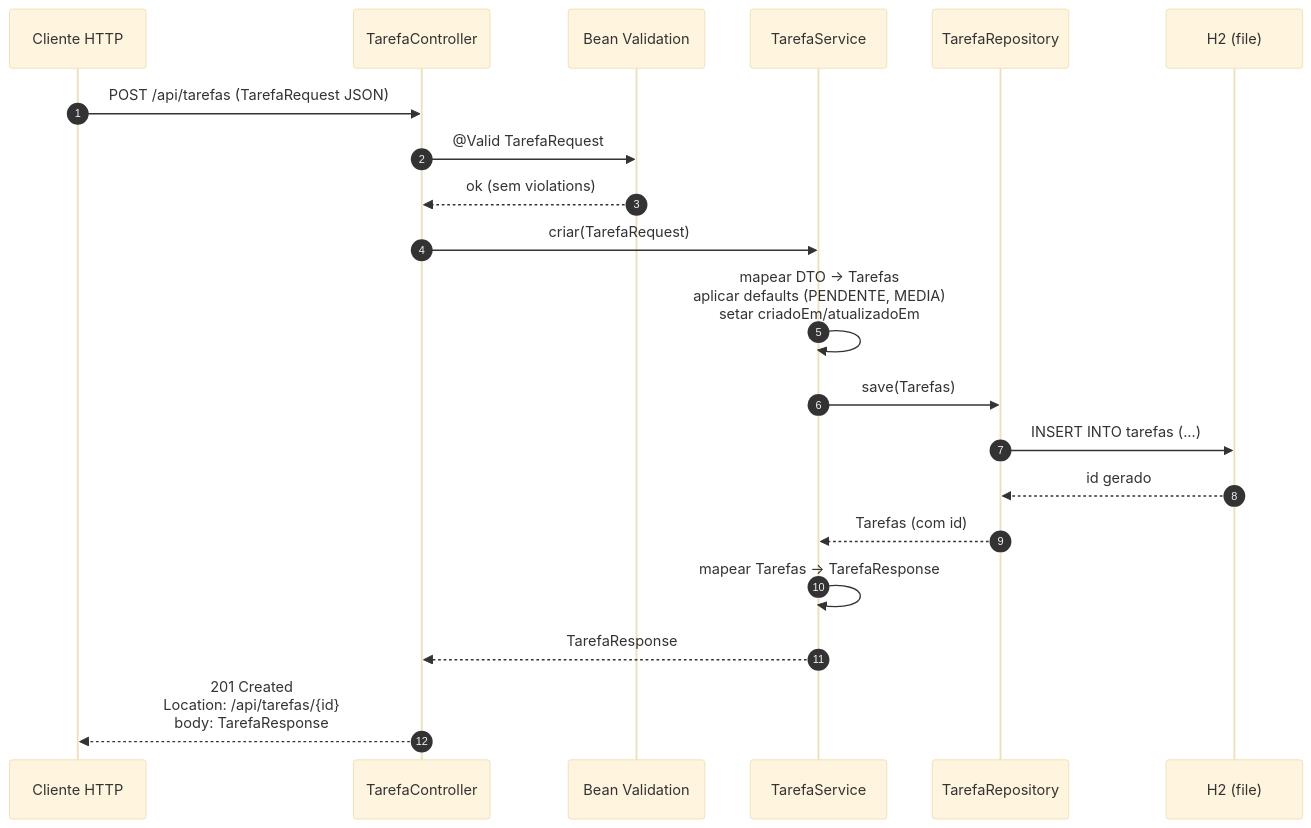
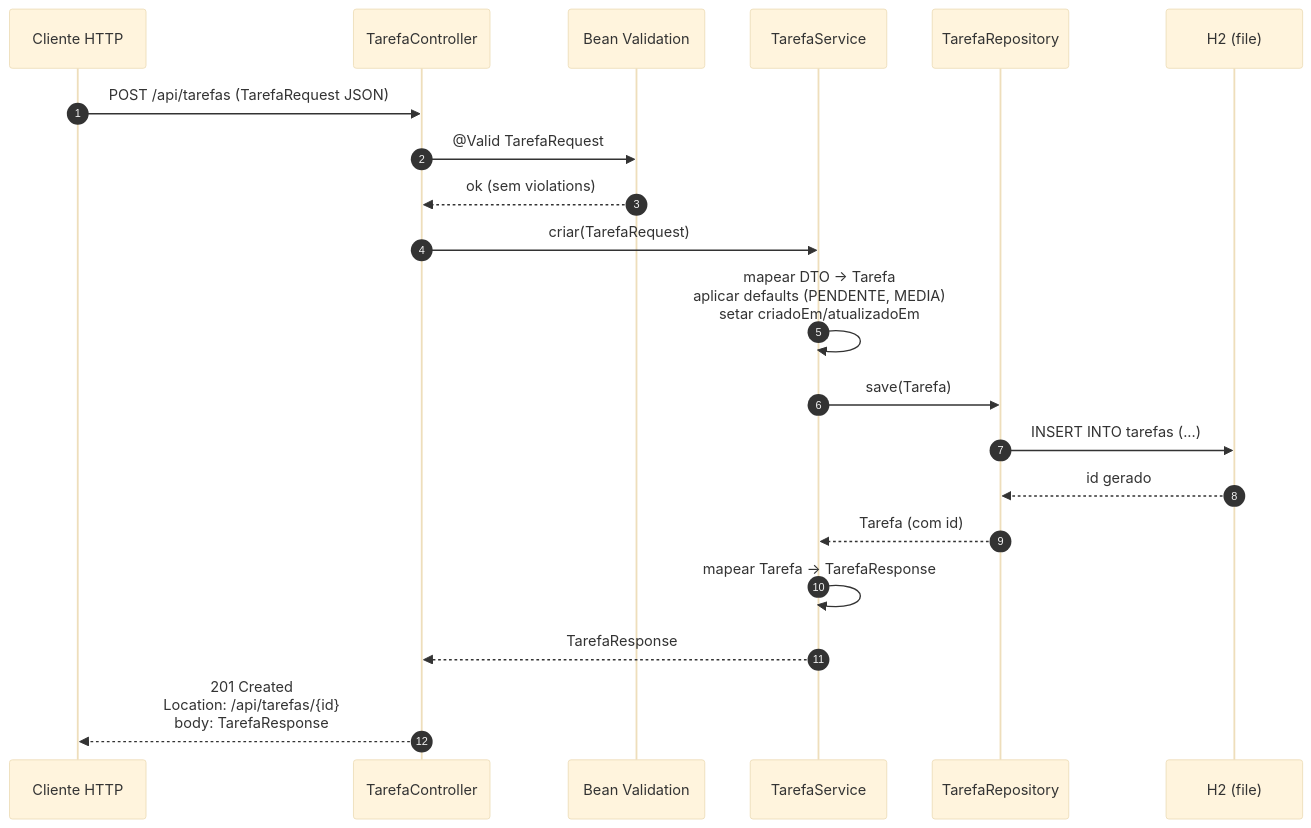
The second of 5 diagrams in docs/diagramas.md (marcosandre19/ToDo-IA-ms), drawn with Mermaid (base theme) before and after one commit. The commit also changed other lines of this file and 2 other files, not shown here.

Commit message:
docs: alinhar escopo, backlog e diagramas à entidade Tarefa
Reflete duas decisões desta etapa, aplicadas em conjunto sobre os mesmos documentos:

- Subpacote entity.enums adotado para StatusTarefa e Prioridade (escopo §7)
- Renomeação da classe entidade de Tarefas para Tarefa em todas as referências (escopo §3, §7, §8 Fase 1; backlog RF-001/RF-002/RF-009; diagramas seções 1, 2, 3, 5 e nota de omitidos)
- RF-001 marcado como concluído no backlog

A tabela SQL continua chamando-se tarefas (plural, convenção SQL); apenas o nome da classe Java mudou. Title da API, descrição do pom e tag OpenAPI 'Tarefas' mantidos por se referirem ao recurso REST, não à classe.

Refs: RF-001

````diff
--- a/docs/diagramas.md
+++ b/docs/diagramas.md
@@ -63,23 +63,23 @@
 ```mermaid
 sequenceDiagram
     autonumber
     participant C as Cliente HTTP
     participant TC as TarefaController
     participant V as Bean Validation
     participant TS as TarefaService
     participant TR as TarefaRepository
     participant H2 as H2 (file)
 
     C->>TC: POST /api/tarefas (TarefaRequest JSON)
     TC->>V: @Valid TarefaRequest
     V-->>TC: ok (sem violations)
     TC->>TS: criar(TarefaRequest)
-    TS->>TS: mapear DTO -> Tarefas<br/>aplicar defaults (PENDENTE, MEDIA)<br/>setar criadoEm/atualizadoEm
-    TS->>TR: save(Tarefas)
+    TS->>TS: mapear DTO -> Tarefa<br/>aplicar defaults (PENDENTE, MEDIA)<br/>setar criadoEm/atualizadoEm
+    TS->>TR: save(Tarefa)
     TR->>H2: INSERT INTO tarefas (...)
     H2-->>TR: id gerado
-    TR-->>TS: Tarefas (com id)
-    TS->>TS: mapear Tarefas -> TarefaResponse
+    TR-->>TS: Tarefa (com id)
+    TS->>TS: mapear Tarefa -> TarefaResponse
     TS-->>TC: TarefaResponse
     TC-->>C: 201 Created<br/>Location: /api/tarefas/{id}<br/>body: TarefaResponse
 ```
````
